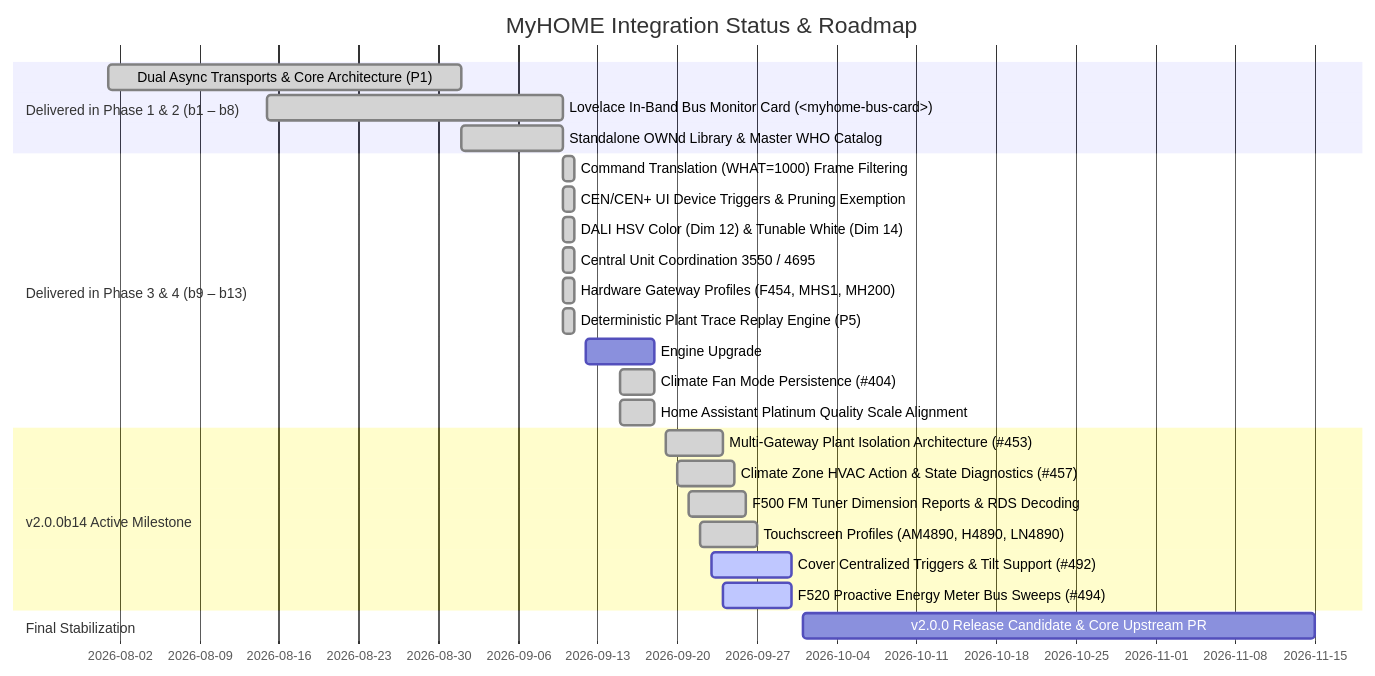
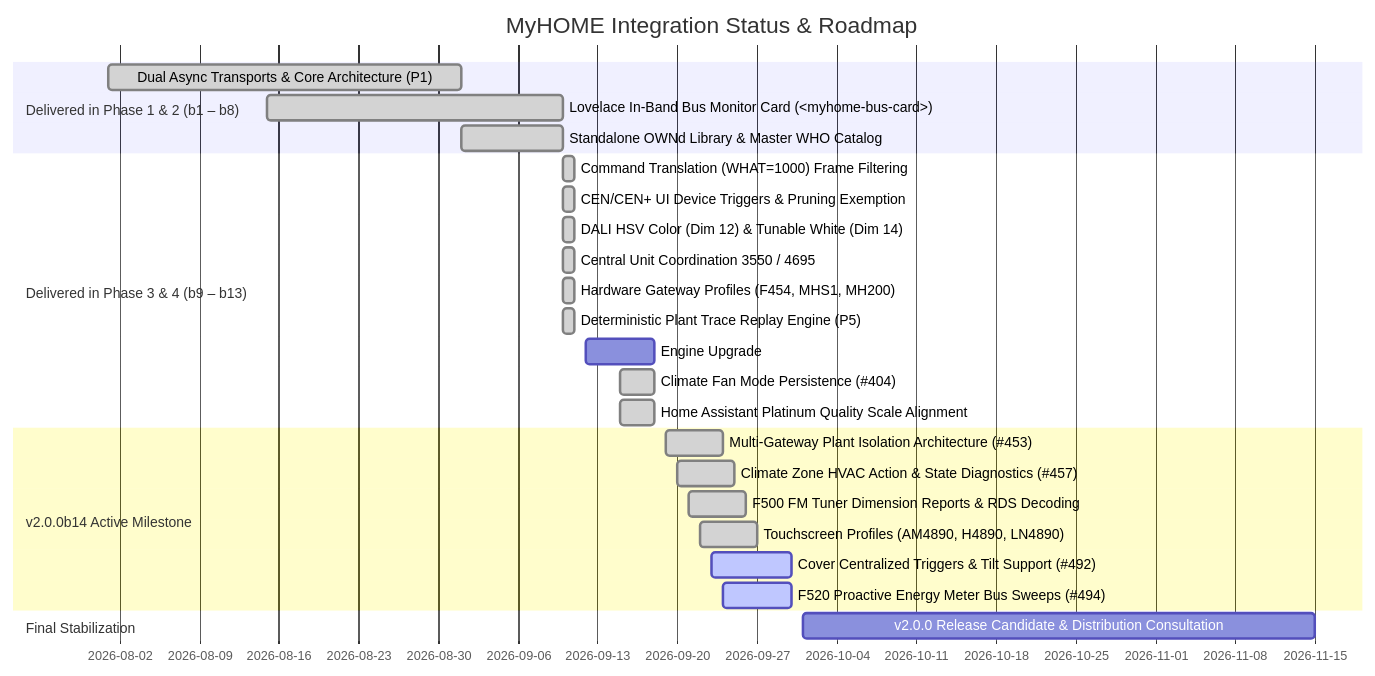
The first of 3 diagrams in docs/roadmap.md (GreenGrassBlueOcean/MyHOME), drawn with Mermaid before and after one commit. The commit also changed other lines of this file, not shown here.

Commit message:
docs(roadmap): tone down Core inclusion to potential and add distribution consultation note

````diff
--- a/docs/roadmap.md
+++ b/docs/roadmap.md
@@ -17,28 +17,28 @@
 ```mermaid
 gantt
     title MyHOME Integration Status & Roadmap
     dateFormat  YYYY-MM-DD
     section Delivered in Phase 1 & 2 (b1 – b8)
     Dual Async Transports & Core Architecture (P1)   :done, 2026-08-01, 2026-09-01
     Lovelace In-Band Bus Monitor Card (<myhome-bus-card>) :done, 2026-08-15, 2026-09-10
     Standalone OWNd Library & Master WHO Catalog     :done, 2026-09-01, 2026-09-10
     section Delivered in Phase 3 & 4 (b9 – b13)
     Command Translation (WHAT=1000) Frame Filtering   :done, 2026-09-10, 2026-09-11
     CEN/CEN+ UI Device Triggers & Pruning Exemption  :done, 2026-09-10, 2026-09-11
     DALI HSV Color (Dim 12) & Tunable White (Dim 14) :done, 2026-09-10, 2026-09-11
     Central Unit Coordination 3550 / 4695            :done, 2026-09-10, 2026-09-11
     Hardware Gateway Profiles (F454, MHS1, MH200)   :done, 2026-09-10, 2026-09-11
     Deterministic Plant Trace Replay Engine (P5)     :done, 2026-09-10, 2026-09-11
     Engine Upgrade: OWNd 2.0.0b8 (HMAC SHA-1/SHA-256) :done, 2026-09-12, 2026-09-18
     Climate Fan Mode Persistence (#404)              :done, 2026-09-15, 2026-09-18
     Home Assistant Platinum Quality Scale Alignment  :done, 2026-09-15, 2026-09-18
     section v2.0.0b14 Active Milestone
     Multi-Gateway Plant Isolation Architecture (#453) :done, 2026-09-19, 2026-09-24
     Climate Zone HVAC Action & State Diagnostics (#457) :done, 2026-09-20, 2026-09-25
     F500 FM Tuner Dimension Reports & RDS Decoding   :done, 2026-09-21, 2026-09-26
     Touchscreen Profiles (AM4890, H4890, LN4890)     :done, 2026-09-22, 2026-09-27
     Cover Centralized Triggers & Tilt Support (#492) :active, 2026-09-23, 2026-09-30
     F520 Proactive Energy Meter Bus Sweeps (#494)    :active, 2026-09-24, 2026-09-30
     section Final Stabilization
-    v2.0.0 Release Candidate & Core Upstream PR      :2026-10-01, 2026-11-15
+    v2.0.0 Release Candidate & Distribution Consultation :2026-10-01, 2026-11-15
 ```
````
